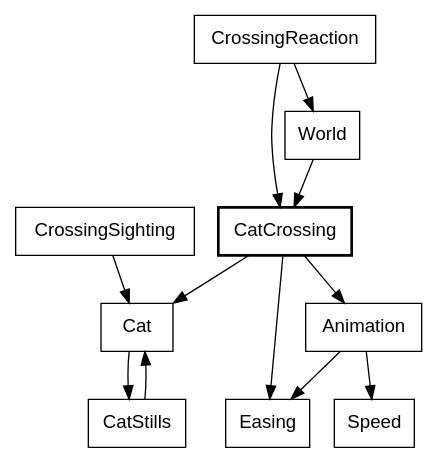
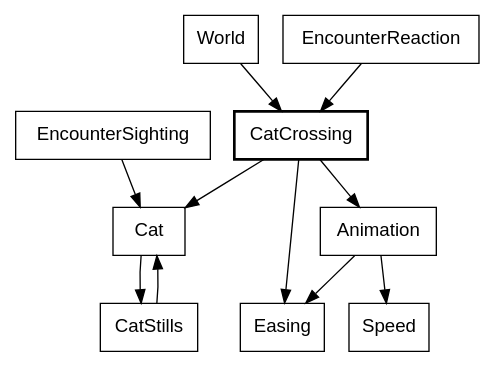
Diagram 22 of 35 in canvas_apps/safari/tutorial/tutorial.md (showell/roc-apps), drawn with Graphviz before and after one commit. The commit also changed other lines of this file, not shown here.

First line of the commit message:
tutorial: the cat chapter's two diagrams name today's modules

````diff
--- a/canvas_apps/safari/tutorial/tutorial.md
+++ b/canvas_apps/safari/tutorial/tutorial.md
@@ -2092,17 +2092,16 @@
 ```dot
 digraph cat {
   node [shape=box, fontname="Helvetica"];
   CatCrossing [style=bold];
   World -> CatCrossing;
-  CrossingReaction -> CatCrossing;
-  CrossingReaction -> World;
-  CrossingSighting -> Cat;
+  EncounterReaction -> CatCrossing;
+  EncounterSighting -> Cat;
   CatCrossing -> Cat;
   Cat -> CatStills;
   CatStills -> Cat;
   CatCrossing -> Animation;
   CatCrossing -> Easing;
   Animation -> Easing;
   Animation -> Speed;
 }
 ```
````
